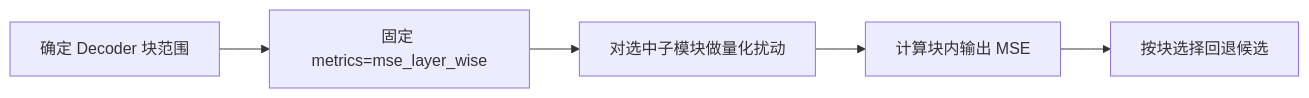
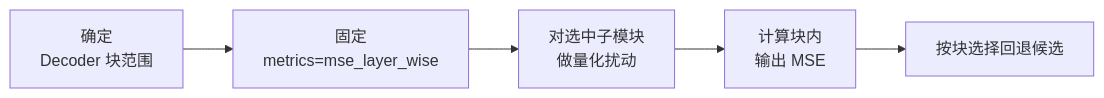
One commit to mindstudio-docs/master changed the diagram in msmodelslim/docs/zh/knowledge_base/quantization_algorithms/mse_layer_wise/usage_mse_layer_wise.md. Above: the diagram before and after it, drawn with Mermaid. The commit also changed other lines of this file and 235 other files, not shown here.

````diff
--- a/msmodelslim/docs/zh/knowledge_base/quantization_algorithms/mse_layer_wise/usage_mse_layer_wise.md
+++ b/msmodelslim/docs/zh/knowledge_base/quantization_algorithms/mse_layer_wise/usage_mse_layer_wise.md
@@ -23,7 +28,7 @@
 ```mermaid
 flowchart LR
-    A[确定 Decoder 块范围] --> B[固定 metrics=mse_layer_wise]
-    B[固定 metrics=mse_layer_wise] --> C[对选中子模块做量化扰动]
-    C[对选中子模块做量化扰动] --> D[计算块内输出 MSE]
-    D[计算块内输出 MSE] --> E[按块选择回退候选]
+    A[确定<br/>Decoder 块范围] --> B[固定<br/>metrics=mse_layer_wise]
+    B --> C[对选中子模块<br/>做量化扰动]
+    C --> D[计算块内<br/>输出 MSE]
+    D --> E[按块选择回退候选]
 ```
````
